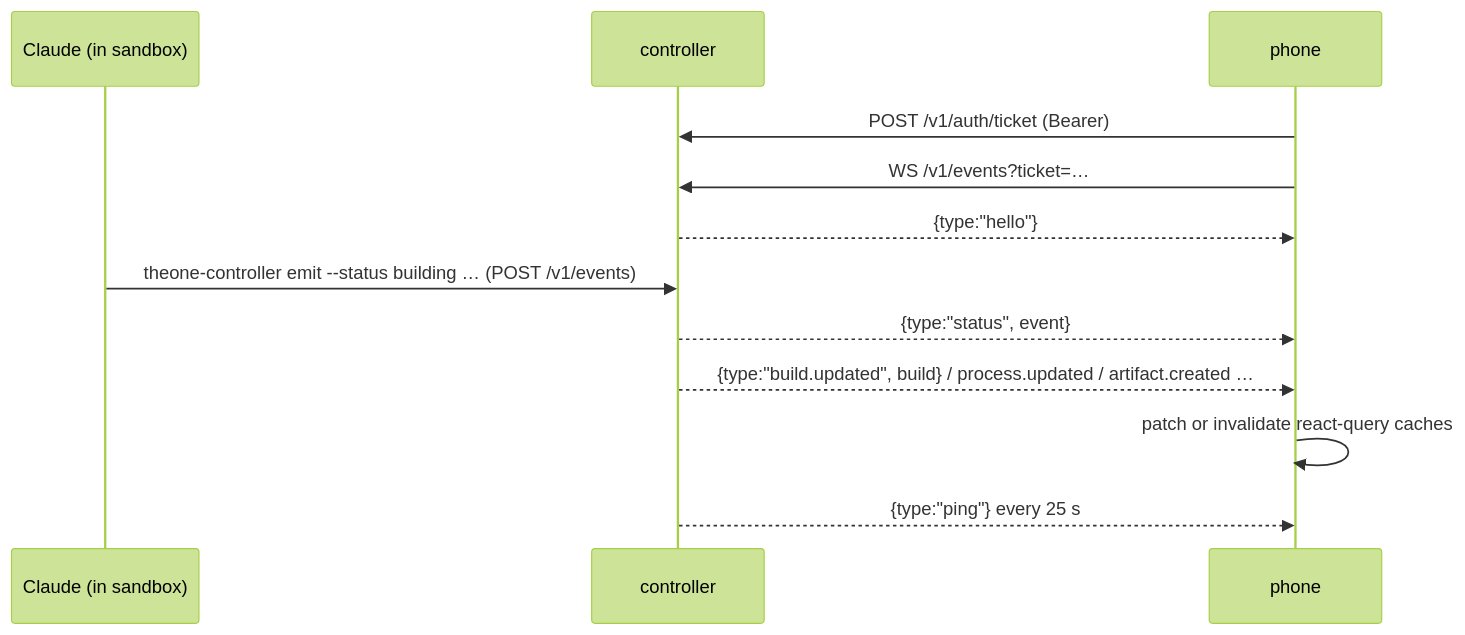
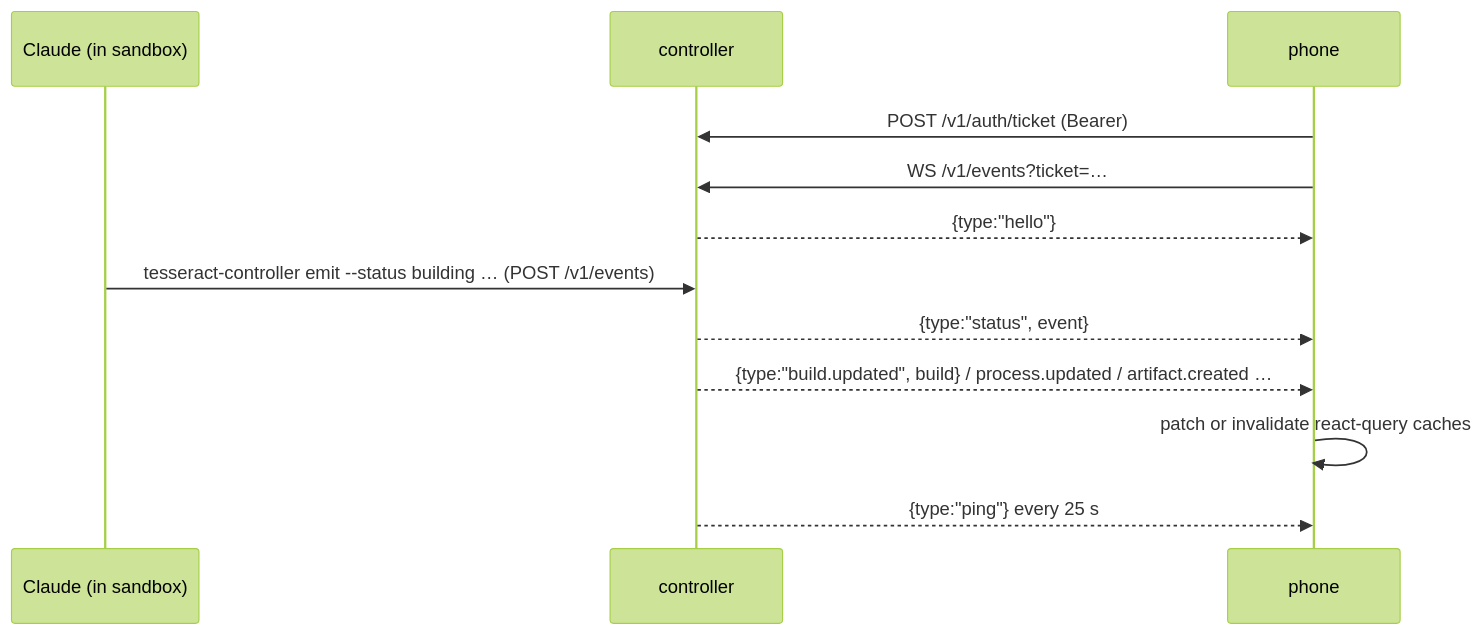
One commit to kevin-roan/tesseract changed the third of 5 diagrams in docs/architecture/overview.md. Above: the diagram before and after it, drawn with Mermaid (forest theme). The commit also changed other lines of this file and 3196 other files, not shown here.

````diff
--- a/docs/architecture/overview.md
+++ b/docs/architecture/overview.md
@@ -79,14 +79,14 @@
 ```mermaid
 sequenceDiagram
   participant A as Claude (in sandbox)
   participant C as controller
   participant P as phone
   P->>C: POST /v1/auth/ticket (Bearer)
   P->>C: WS /v1/events?ticket=…
   C-->>P: {type:"hello"}
-  A->>C: theone-controller emit --status building … (POST /v1/events)
+  A->>C: tesseract-controller emit --status building … (POST /v1/events)
   C-->>P: {type:"status", event}
   C-->>P: {type:"build.updated", build} / process.updated / artifact.created …
   P->>P: patch or invalidate react-query caches
   C-->>P: {type:"ping"} every 25 s
 ```
````
